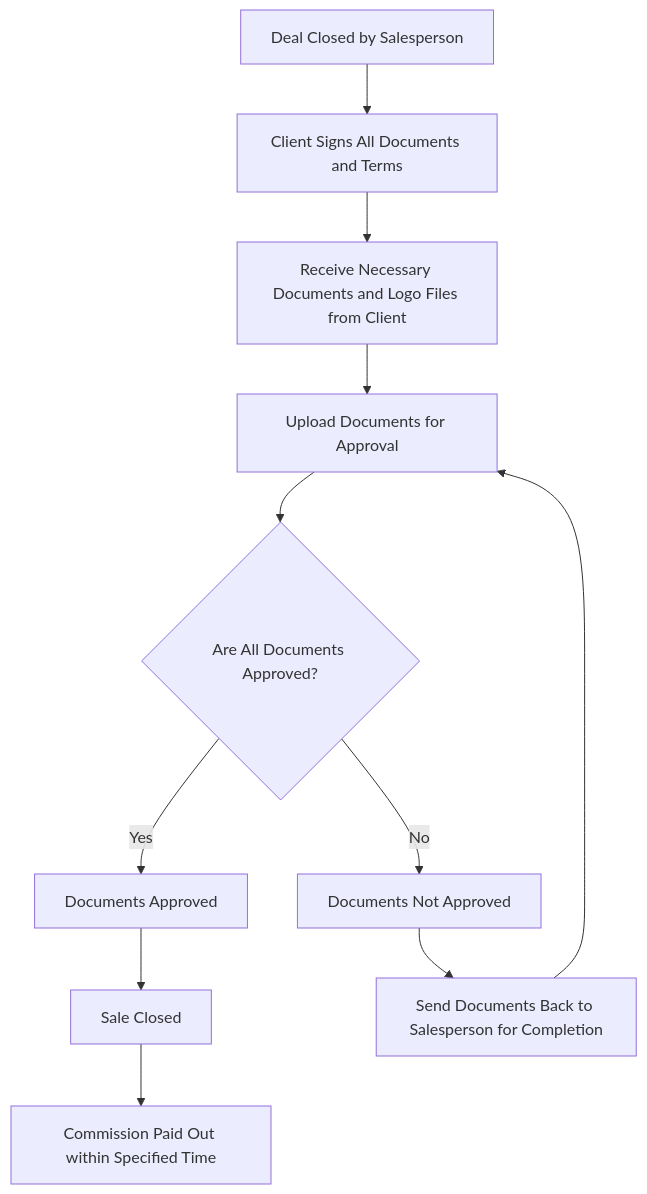
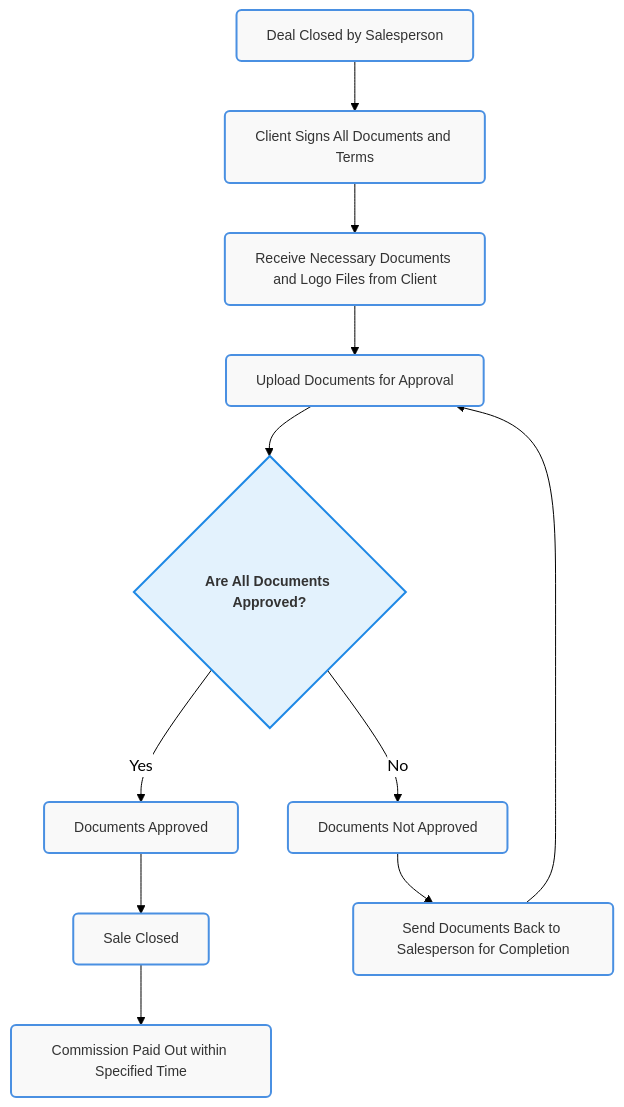
Diagram 11 of 11 in README.md (TyGrim13/4WinnerFlows), drawn with Mermaid before and after one commit. The commit also changed other lines of this file, not shown here.

````diff
--- a/README.md
+++ b/README.md
@@ -568,26 +597,34 @@
 ```mermaid
+%%{init: {'theme': 'forest', 'themeVariables': { 'primaryColor': '#4a90e2', 'edgeLabelBackground': '#ffffff', 'tertiaryColor': '#f4f4f4', 'primaryBorderColor': '#333', 'primaryTextColor': '#333', 'fontFamily': 'Arial'}}}%%
+
 flowchart TD
+    classDef default fill:#f9f9f9,stroke:#4a90e2,stroke-width:2px,color:#333,font-family:'Arial',font-size:14px,rx:5,ry:5;
+    classDef decision fill:#e3f2fd,stroke:#1e88e5,stroke-width:2px,color:#333,font-family:'Arial',font-size:14px,font-weight:bold,rx:5,ry:5;
+
     A1[Deal Closed by Salesperson]
     A2[Client Signs All Documents and Terms]
     A3[Receive Necessary Documents and Logo Files from Client]
     A4[Upload Documents for Approval]
     A5{Are All Documents Approved?}
     A5a[Documents Approved]
     A5b[Documents Not Approved]
     A6[Sale Closed]
     A7[Commission Paid Out within Specified Time]
     A8[Send Documents Back to Salesperson for Completion]
+
+    class A5 decision
 
     A1 --> A2
     A2 --> A3
     A3 --> A4
     A4 --> A5
     A5 -->|Yes| A5a
     A5 -->|No| A5b
     A5a --> A6
     A6 --> A7
     A5b --> A8
     A8 --> A4
 
 
+
 ```
````
